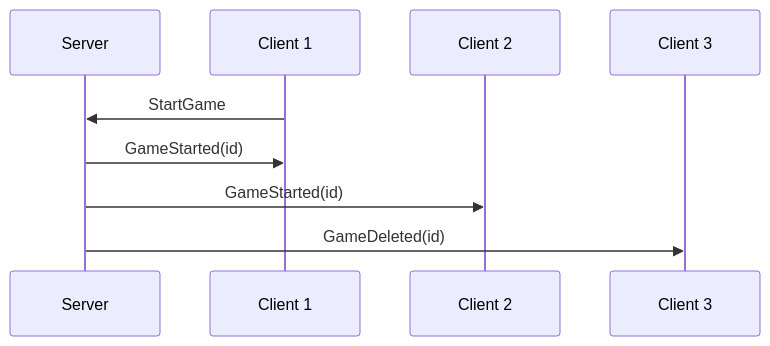
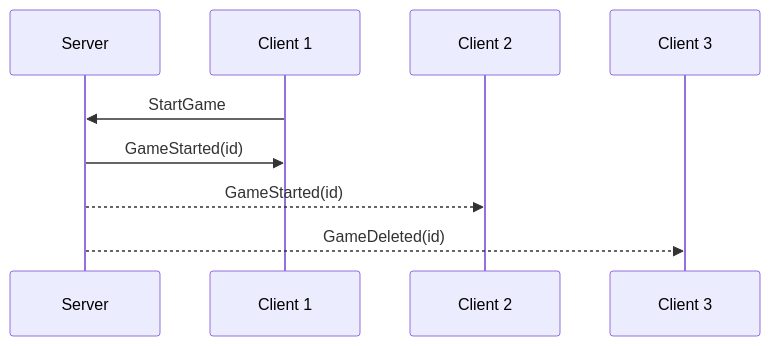
One commit to roman-zubarevich/another changed diagram 11 of 15 in docs/LOBBY.md. Above: the diagram before and after it, drawn with Mermaid. The commit also changed other lines of this file, not shown here.

````diff
--- a/docs/LOBBY.md
+++ b/docs/LOBBY.md
@@ -136,11 +140,11 @@
 ```mermaid
 sequenceDiagram
     participant S as Server
     participant C1 as Client 1
     participant C2 as Client 2
     participant C3 as Client 3
     C1->>S: StartGame
     S->>C1: GameStarted(id)
-    S->>C2: GameStarted(id)
-    S->>C3: GameDeleted(id)
+    S-->>C2: GameStarted(id)
+    S-->>C3: GameDeleted(id)
 ```
````
